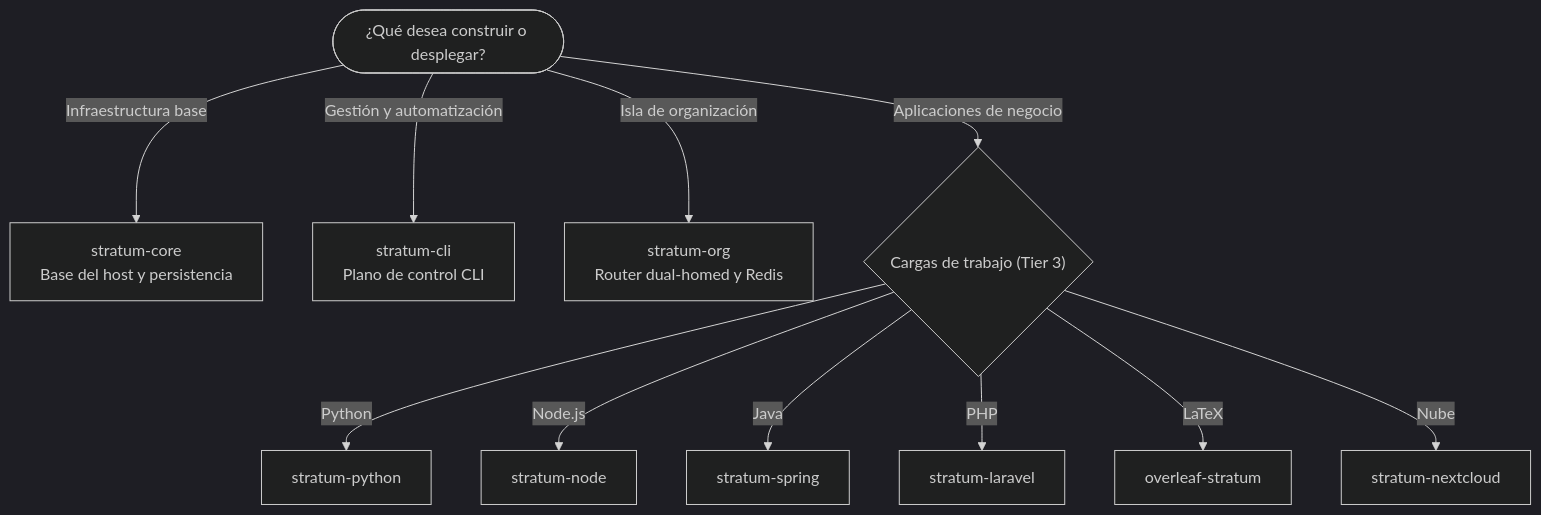
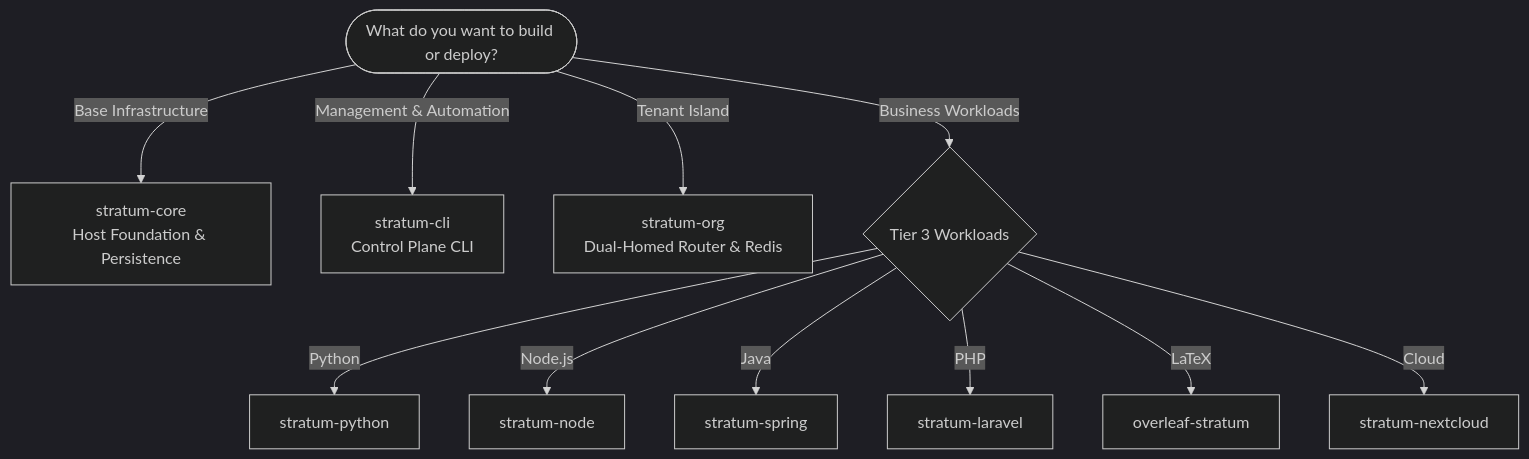
Before and after one commit to isora-cloud-group/stratum-hub: the first of 4 diagrams in README.md, drawn with Mermaid (dark theme). The commit also changed other lines of this file, not shown here.

````diff
--- a/README.md
+++ b/README.md
@@ -46,16 +46,16 @@
 ```mermaid
 flowchart TD
-    START(["¿Qué desea construir o desplegar?"])
+    START(["What do you want to build or deploy?"])
     
-    START -->|"Infraestructura base"| CORE["stratum-core<br/>Base del host y persistencia"]
-    START -->|"Gestión y automatización"| CLI["stratum-cli<br/>Plano de control CLI"]
-    START -->|"Isla de organización"| ORG["stratum-org<br/>Router dual-homed y Redis"]
-    START -->|"Aplicaciones de negocio"| APPS{"Cargas de trabajo (Tier 3)"}
+    START -->|"Base Infrastructure"| CORE["stratum-core<br/>Host Foundation & Persistence"]
+    START -->|"Management & Automation"| CLI["stratum-cli<br/>Control Plane CLI"]
+    START -->|"Tenant Island"| ORG["stratum-org<br/>Dual-Homed Router & Redis"]
+    START -->|"Business Workloads"| APPS{"Tier 3 Workloads"}
     
     APPS -->|"Python"| W_PY["stratum-python"]
     APPS -->|"Node.js"| W_JS["stratum-node"]
     APPS -->|"Java"| W_JV["stratum-spring"]
     APPS -->|"PHP"| W_PHP["stratum-laravel"]
     APPS -->|"LaTeX"| W_TEX["overleaf-stratum"]
-    APPS -->|"Nube"| W_NC["stratum-nextcloud"]
+    APPS -->|"Cloud"| W_NC["stratum-nextcloud"]
 ```
````
